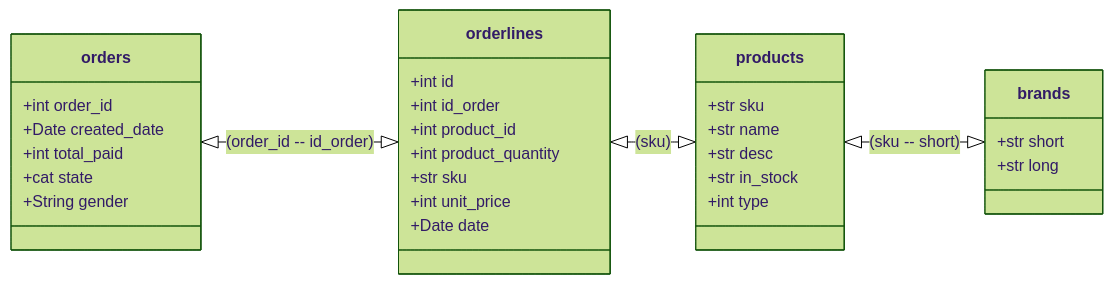
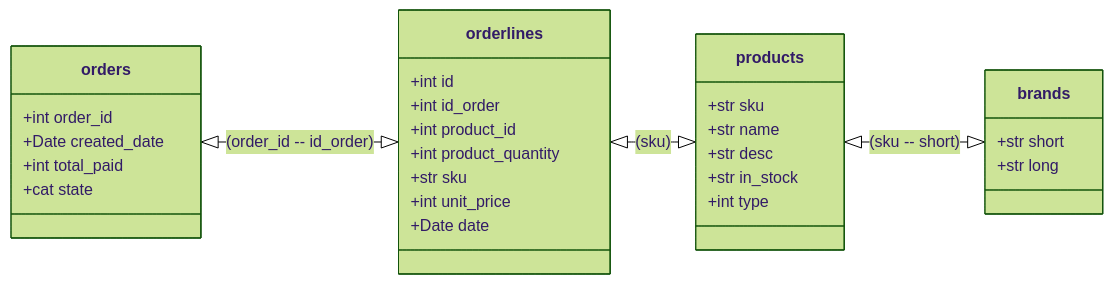
The diagram in README.md (JacquelineBashta/DataStorytelling_Pandas_Matlibplot), drawn with Mermaid (forest theme) before and after one commit.

Commit message:
Update README.md
fix typo mistake

````diff
--- a/README.md
+++ b/README.md
@@ -7,32 +7,31 @@
 ```mermaid
 classDiagram
 direction LR
       orders  <|--|> orderlines:(order_id -- id_order)
       orderlines  <|--|> products :(sku)
       products  <|--|> brands : (sku -- short)
       orders  : +int order_id 
       orders  : +Date created_date  
       orders  : +int total_paid  
       orders  : +cat state  
-      orders  : +String gender
       class orderlines{
           +int id   
           +int id_order
           +int product_id  
           +int product_quantity  
           +str sku  
           +int unit_price
           +Date date
       }
       class products{
           +str sku 
           +str name  
           +str desc  
           +str in_stock
           +int type  
       }
       class brands{
           +str short
           +str long
       }
 ```
````
